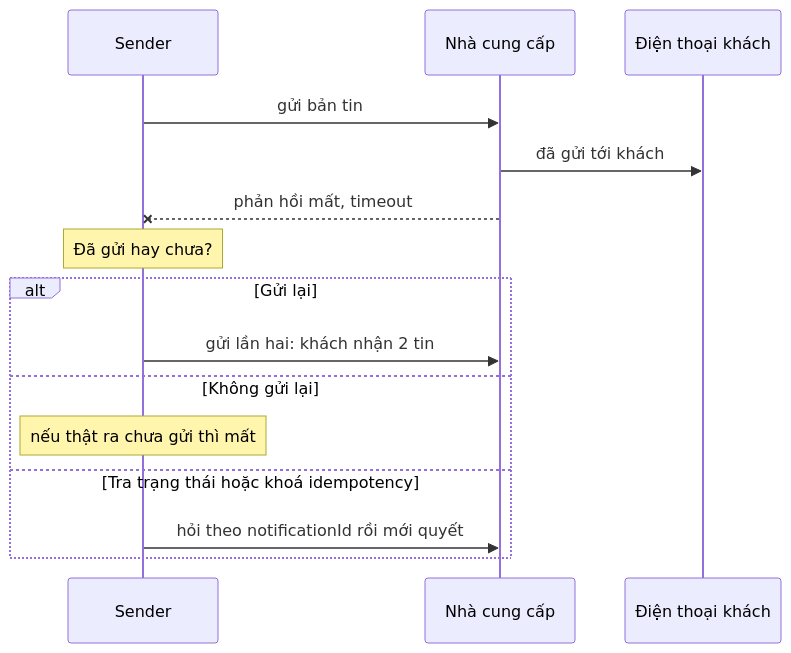
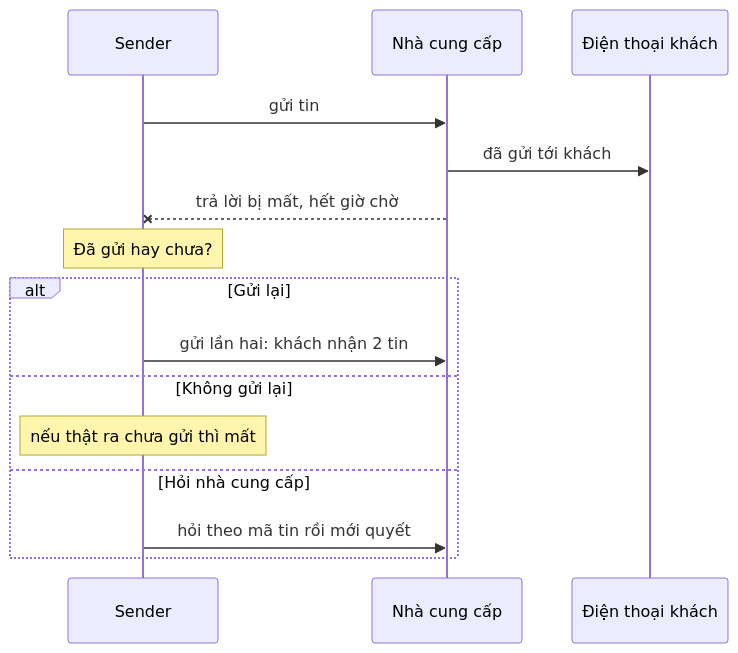
The fifth of 9 diagrams in lessons/0017-notification-hub.md (hainguyen85/kafka-study), drawn with Mermaid before and after one commit. The commit also changed other lines of this file and 11 other files, not shown here.

````diff
--- a/lessons/0017-notification-hub.md
+++ b/lessons/0017-notification-hub.md
@@ -205,17 +207,17 @@
 ```mermaid
 sequenceDiagram
 participant S as Sender
 participant P as Nhà cung cấp
 participant U as Điện thoại khách
-S->>P: gửi bản tin
+S->>P: gửi tin
 P->>U: đã gửi tới khách
-P--xS: phản hồi mất, timeout
+P--xS: trả lời bị mất, hết giờ chờ
 Note over S: Đã gửi hay chưa?
 alt Gửi lại
 S->>P: gửi lần hai: khách nhận 2 tin
 else Không gửi lại
 Note over S: nếu thật ra chưa gửi thì mất
-else Tra trạng thái hoặc khoá idempotency
-S->>P: hỏi theo notificationId rồi mới quyết
+else Hỏi nhà cung cấp
+S->>P: hỏi theo mã tin rồi mới quyết
 end
 ```
````
